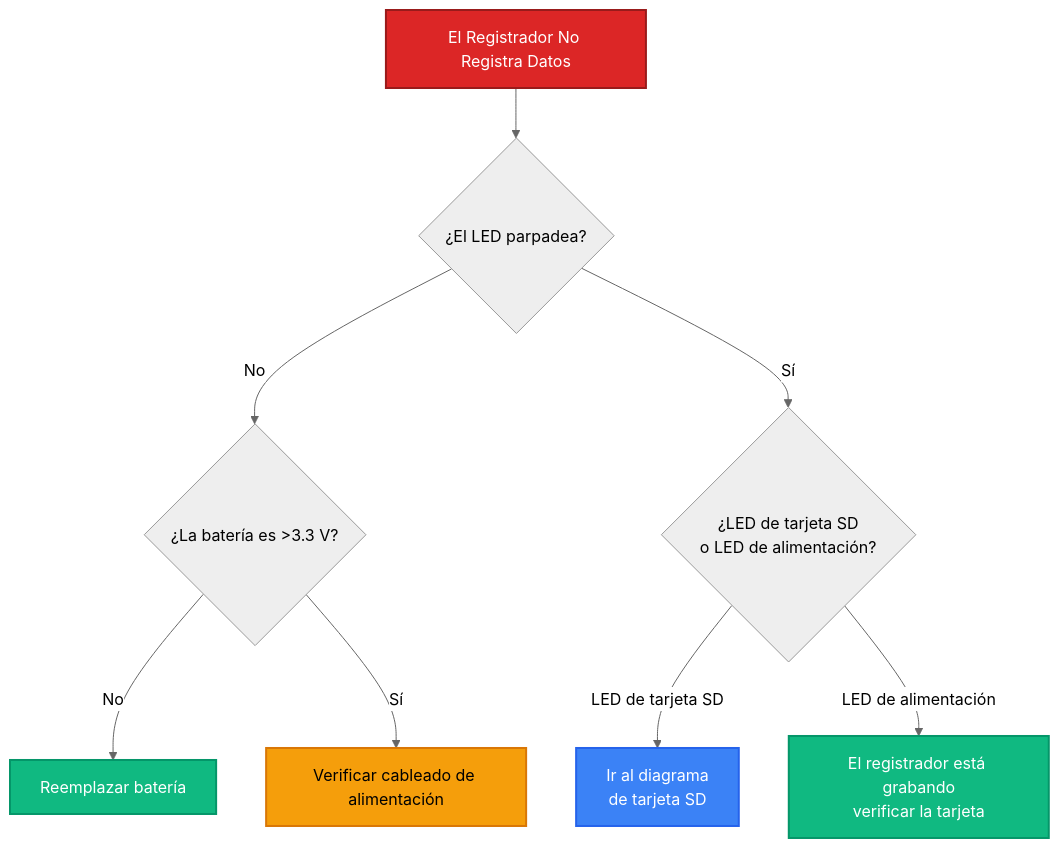
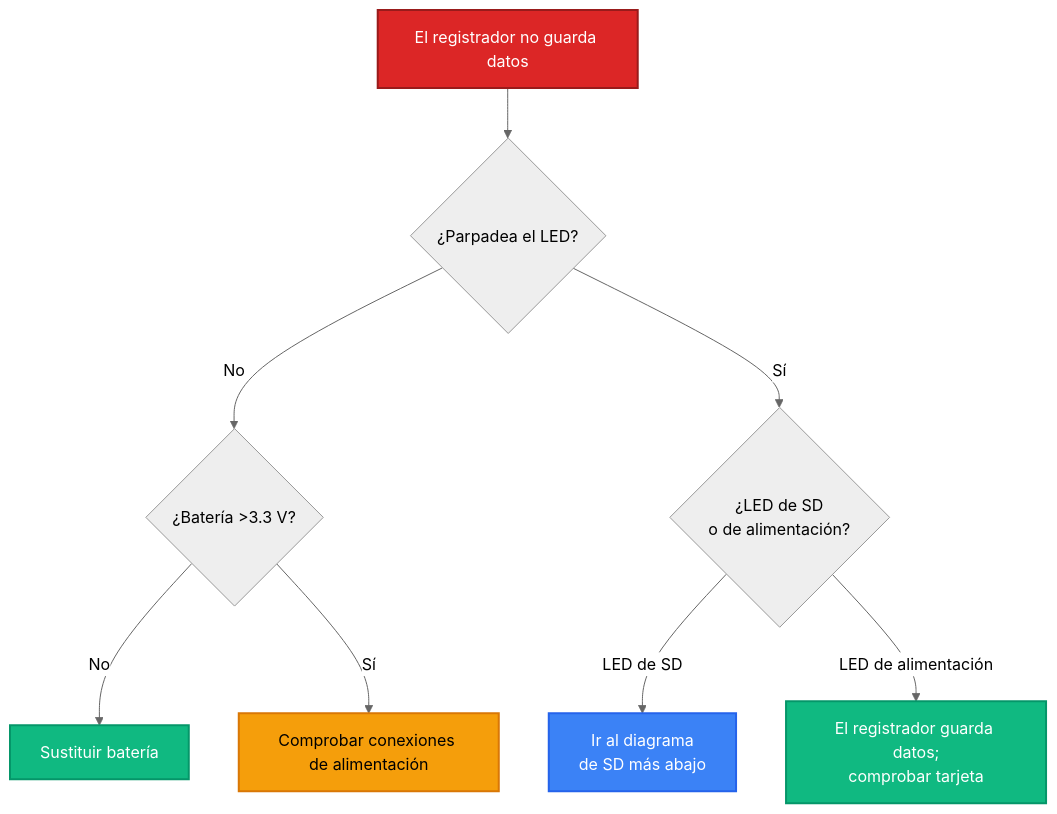
One commit to ICHydro/Riverlabs changed the first of 5 diagrams in docs/es/operation/troubleshooting/diagnostic-flowcharts.md. Above: the diagram before and after it, drawn with Mermaid (neutral theme). The commit also changed other lines of this file and 33 other files, not shown here.

````diff
--- a/docs/es/operation/troubleshooting/diagnostic-flowcharts.md
+++ b/docs/es/operation/troubleshooting/diagnostic-flowcharts.md
@@ -21,16 +21,16 @@
 ```mermaid
 flowchart TD
-    A[El Registrador No Registra Datos] --> B{¿El LED parpadea?}
-    B -->|No| C{¿La batería es >3.3 V?}
-    B -->|Sí| D{¿LED de tarjeta SD<br/>o LED de alimentación?}
-    C -->|No| E[Reemplazar batería]
-    C -->|Sí| F[Verificar cableado de alimentación]
-    D -->|LED de tarjeta SD| G[Ir al diagrama<br/>de tarjeta SD]
-    D -->|LED de alimentación| H[El registrador está grabando<br/>verificar la tarjeta]
+    A[El registrador no guarda datos] --> B{¿Parpadea el LED?}
+    B -->|No| C{¿Batería >3.3 V?}
+    B -->|Sí| D{¿LED de SD<br/>o de alimentación?}
+    C -->|No| E[Sustituir batería]
+    C -->|Sí| F[Comprobar conexiones de alimentación]
+    D -->|LED de SD| G[Ir al diagrama<br/>de SD más abajo]
+    D -->|LED de alimentación| H[El registrador guarda datos;<br/>comprobar tarjeta]
     
     style A fill:#dc2626,stroke:#991b1b,stroke-width:2px,color:#fff
     style E fill:#10b981,stroke:#059669,stroke-width:2px,color:#fff
     style F fill:#f59e0b,stroke:#d97706,stroke-width:2px,color:#000
     style G fill:#3b82f6,stroke:#2563eb,stroke-width:2px,color:#fff
     style H fill:#10b981,stroke:#059669,stroke-width:2px,color:#fff
 ```
````
